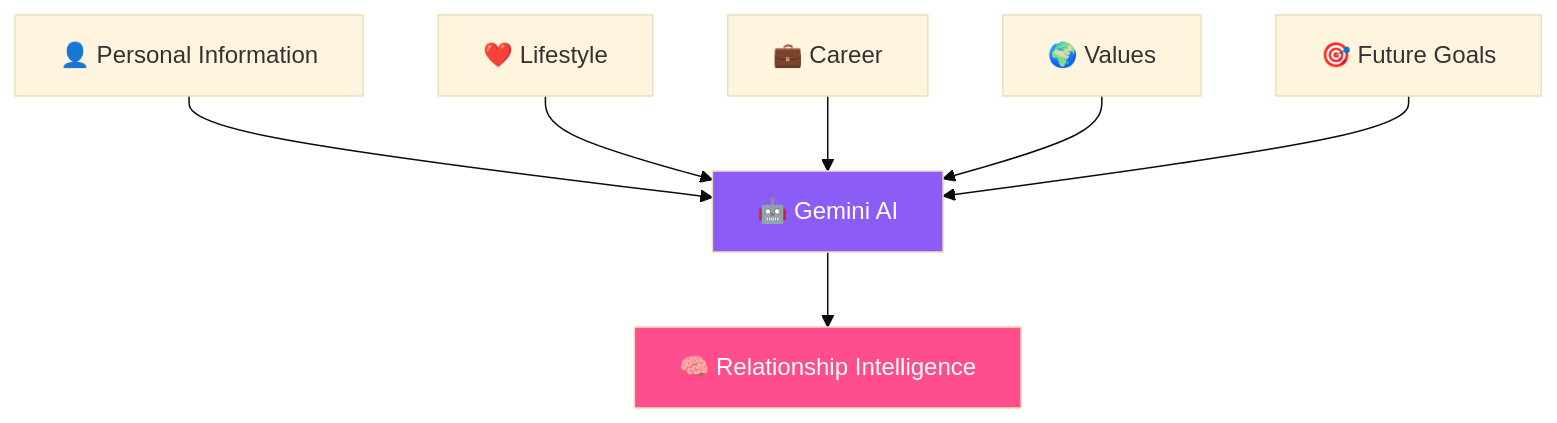
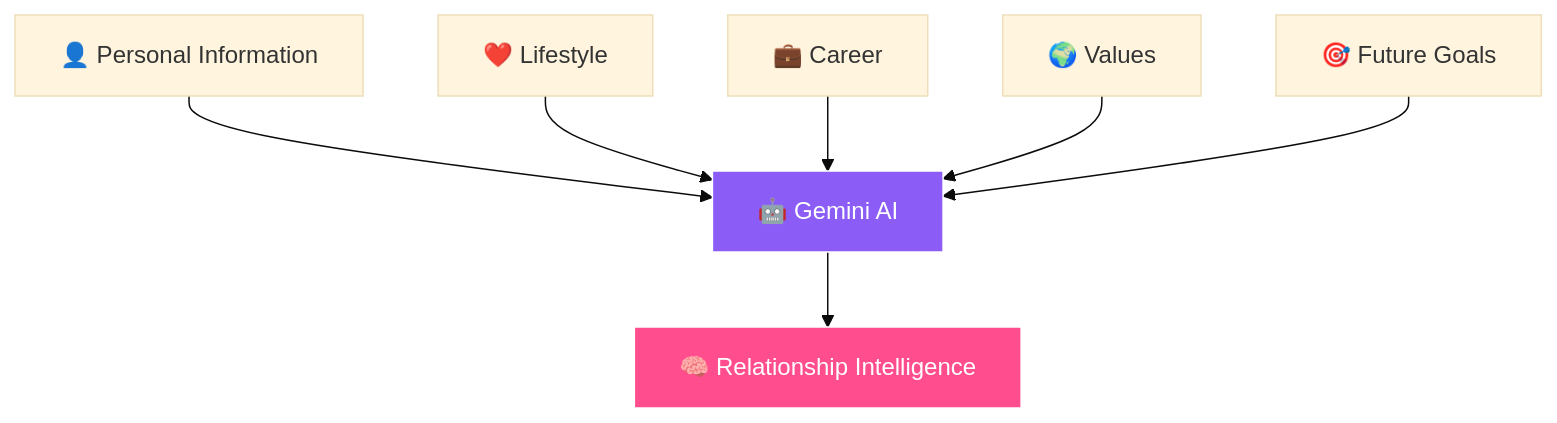
Before and after one commit to TheKanishkDev/SoulSync-AI: the second of 7 diagrams in README.md, drawn with Mermaid (base theme). The commit also changed other lines of this file, not shown here.

````diff
--- a/README.md
+++ b/README.md
@@ -280,28 +243,20 @@
 ```mermaid
 flowchart TD
-
 A["👤 Personal Information"]
-
 B["❤️ Lifestyle"]
-
 C["💼 Career"]
-
 D["🌍 Values"]
-
 E["🎯 Future Goals"]
-
 F["🤖 Gemini AI"]
-
 G["🧠 Relationship Intelligence"]
 
 A --> F
 B --> F
 C --> F
 D --> F
 E --> F
-
 F --> G
 
-style F fill:#8B5CF6,color:#fff
-style G fill:#FF4D8D,color:#fff
+style F fill:#8B5CF6,color:#fff,stroke:#fff
+style G fill:#FF4D8D,color:#fff,stroke:#fff
 ```
````
